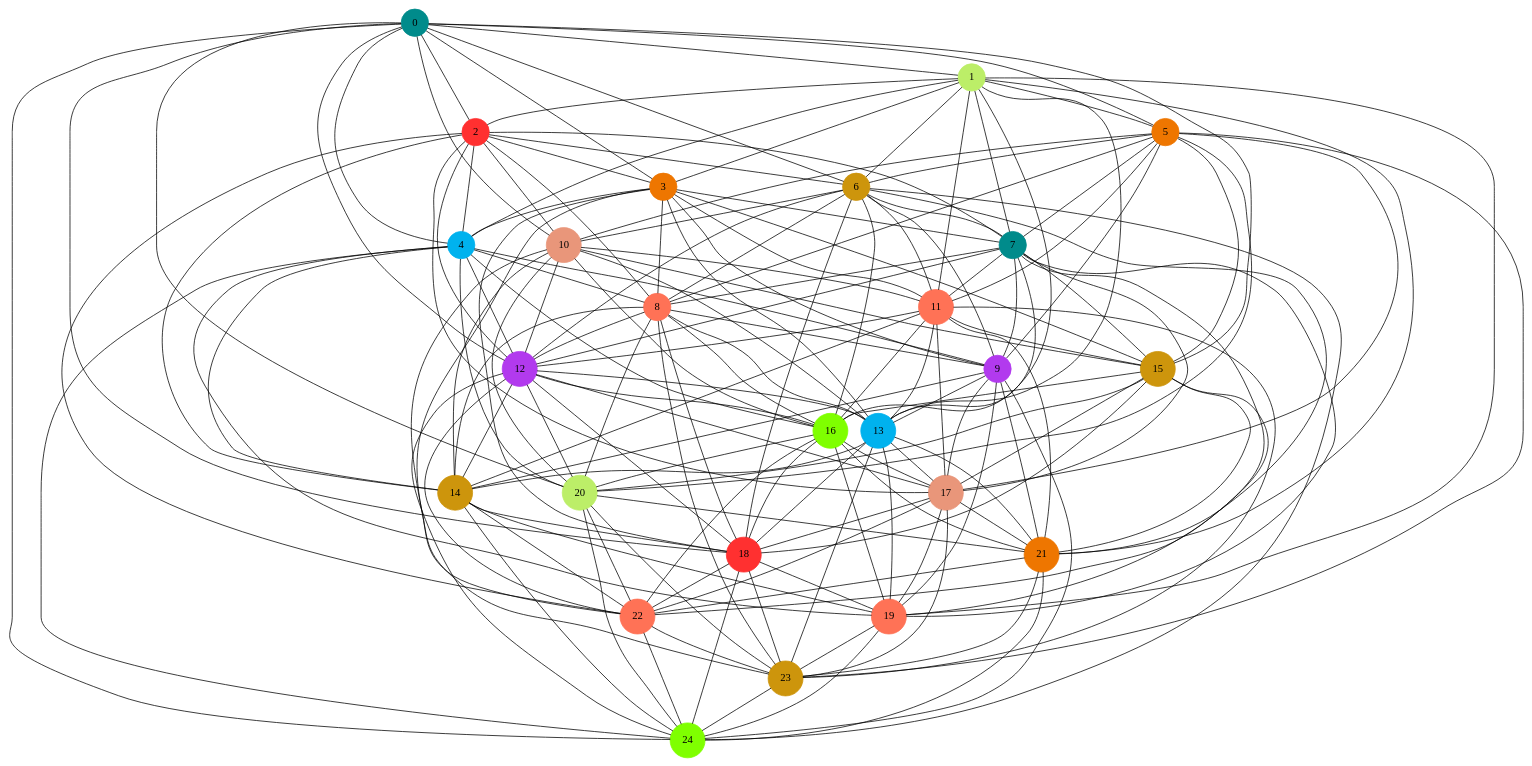
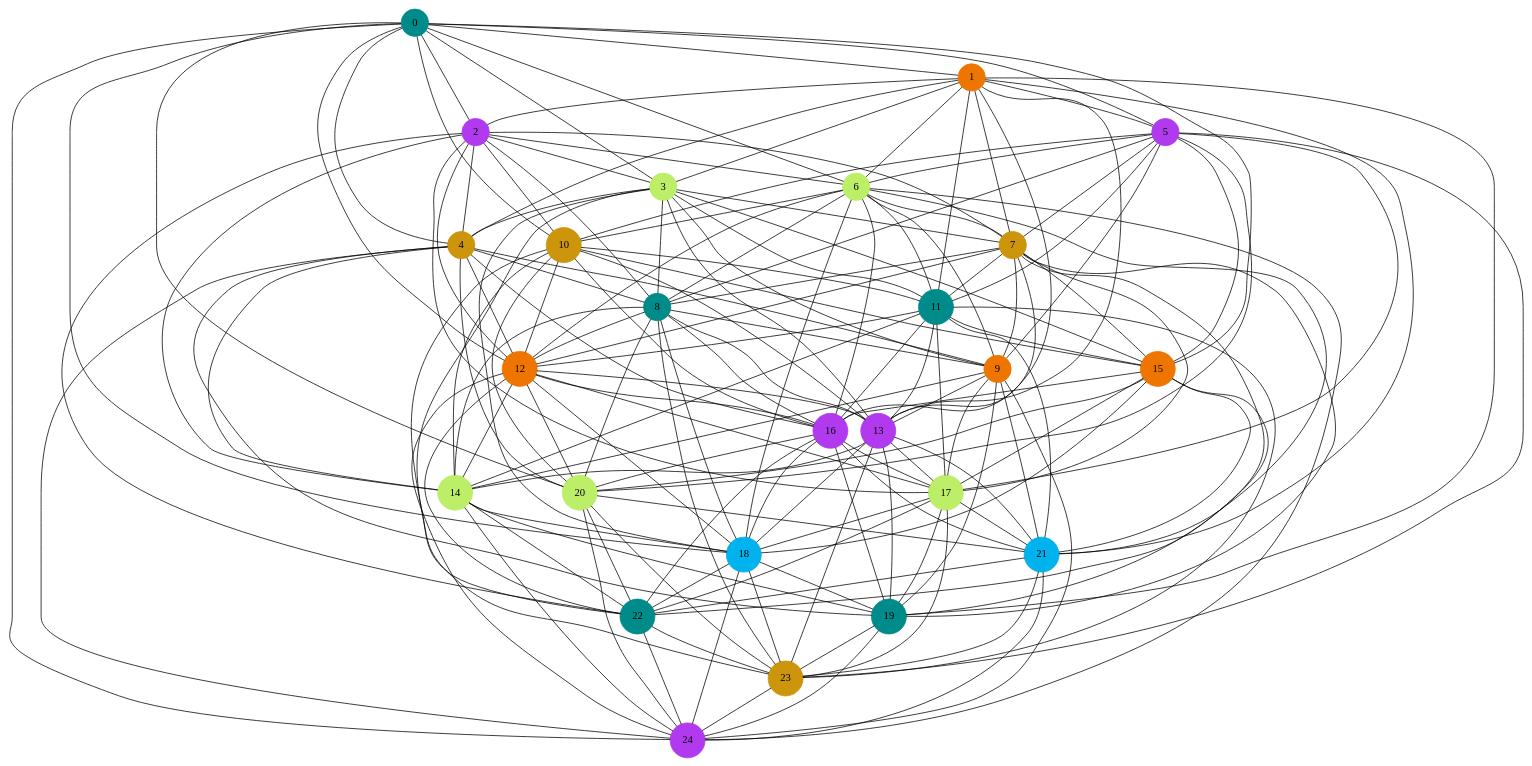
One commit to LeaChemoul/ColorationGraphesProjet changed the diagram in graph/graph_wp_aleat.dot. Above: the diagram before and after it, drawn with Graphviz. The commit also changed 51 other files, not shown here.

Commit message:
Correction de la structure de graphe et des algorithmes de tris

```diff
--- a/graph/graph_wp_aleat.dot
+++ b/graph/graph_wp_aleat.dot
@@ -1,187 +1,187 @@
 graph G {
 0 [shape=circle, style=filled, color= cyan4];
 0 -- 6;
 0 -- 12;
 0 -- 18;
 0 -- 24;
 0 -- 1;
 0 -- 2;
 0 -- 3;
 0 -- 4;
 0 -- 5;
 0 -- 10;
 0 -- 15;
 0 -- 20;
-1 [shape=circle, style=filled, color= darkolivegreen2];
+1 [shape=circle, style=filled, color= darkorange2];
 1 -- 7;
 1 -- 13;
 1 -- 19;
 1 -- 5;
 1 -- 2;
 1 -- 3;
 1 -- 4;
 1 -- 6;
 1 -- 11;
 1 -- 16;
 1 -- 21;
-2 [shape=circle, style=filled, color= firebrick1];
+2 [shape=circle, style=filled, color= darkorchid2];
 2 -- 8;
 2 -- 14;
 2 -- 6;
 2 -- 10;
 2 -- 3;
 2 -- 4;
 2 -- 7;
 2 -- 12;
 2 -- 17;
 2 -- 22;
-3 [shape=circle, style=filled, color= darkorange2];
+3 [shape=circle, style=filled, color= darkolivegreen2];
 3 -- 9;
 3 -- 7;
 3 -- 11;
 3 -- 15;
 3 -- 4;
 3 -- 8;
 3 -- 13;
 3 -- 18;
 3 -- 23;
-4 [shape=circle, style=filled, color= deepskyblue2];
+4 [shape=circle, style=filled, color= darkgoldenrod3];
 4 -- 8;
 4 -- 12;
 4 -- 16;
 4 -- 20;
 4 -- 9;
 4 -- 14;
 4 -- 19;
 4 -- 24;
-5 [shape=circle, style=filled, color= darkorange2];
+5 [shape=circle, style=filled, color= darkorchid2];
 5 -- 11;
 5 -- 17;
 5 -- 23;
 5 -- 6;
 5 -- 7;
 5 -- 8;
 5 -- 9;
 5 -- 10;
 5 -- 15;
 5 -- 20;
-6 [shape=circle, style=filled, color= darkgoldenrod3];
+6 [shape=circle, style=filled, color= darkolivegreen2];
 6 -- 12;
 6 -- 18;
 6 -- 24;
 6 -- 10;
 6 -- 7;
 6 -- 8;
 6 -- 9;
 6 -- 11;
 6 -- 16;
 6 -- 21;
-7 [shape=circle, style=filled, color= cyan4];
+7 [shape=circle, style=filled, color= darkgoldenrod3];
 7 -- 13;
 7 -- 19;
 7 -- 11;
 7 -- 15;
 7 -- 8;
 7 -- 9;
 7 -- 12;
 7 -- 17;
 7 -- 22;
-8 [shape=circle, style=filled, color= coral1];
+8 [shape=circle, style=filled, color= cyan4];
 8 -- 14;
 8 -- 12;
 8 -- 16;
 8 -- 20;
 8 -- 9;
 8 -- 13;
 8 -- 18;
 8 -- 23;
-9 [shape=circle, style=filled, color= darkorchid2];
+9 [shape=circle, style=filled, color= darkorange2];
 9 -- 13;
 9 -- 17;
 9 -- 21;
 9 -- 14;
 9 -- 19;
 9 -- 24;
-10 [shape=circle, style=filled, color= darksalmon];
+10 [shape=circle, style=filled, color= darkgoldenrod3];
 10 -- 16;
 10 -- 22;
 10 -- 11;
 10 -- 12;
 10 -- 13;
 10 -- 14;
 10 -- 15;
 10 -- 20;
-11 [shape=circle, style=filled, color= coral1];
+11 [shape=circle, style=filled, color= cyan4];
 11 -- 17;
 11 -- 23;
 11 -- 15;
 11 -- 12;
 11 -- 13;
 11 -- 14;
 11 -- 16;
 11 -- 21;
-12 [shape=circle, style=filled, color= darkorchid2];
+12 [shape=circle, style=filled, color= darkorange2];
 12 -- 18;
 12 -- 24;
 12 -- 16;
 12 -- 20;
 12 -- 13;
 12 -- 14;
 12 -- 17;
 12 -- 22;
-13 [shape=circle, style=filled, color= deepskyblue2];
+13 [shape=circle, style=filled, color= darkorchid2];
 13 -- 19;
 13 -- 17;
 13 -- 21;
 13 -- 14;
 13 -- 18;
 13 -- 23;
-14 [shape=circle, style=filled, color= darkgoldenrod3];
+14 [shape=circle, style=filled, color= darkolivegreen2];
 14 -- 18;
 14 -- 22;
 14 -- 19;
 14 -- 24;
-15 [shape=circle, style=filled, color= darkgoldenrod3];
+15 [shape=circle, style=filled, color= darkorange2];
 15 -- 21;
 15 -- 16;
 15 -- 17;
 15 -- 18;
 15 -- 19;
 15 -- 20;
-16 [shape=circle, style=filled, color= chartreuse1];
+16 [shape=circle, style=filled, color= darkorchid2];
 16 -- 22;
 16 -- 20;
 16 -- 17;
 16 -- 18;
 16 -- 19;
 16 -- 21;
-17 [shape=circle, style=filled, color= darksalmon];
+17 [shape=circle, style=filled, color= darkolivegreen2];
 17 -- 23;
 17 -- 21;
 17 -- 18;
 17 -- 19;
 17 -- 22;
-18 [shape=circle, style=filled, color= firebrick1];
+18 [shape=circle, style=filled, color= deepskyblue2];
 18 -- 24;
 18 -- 22;
 18 -- 19;
 18 -- 23;
-19 [shape=circle, style=filled, color= coral1];
+19 [shape=circle, style=filled, color= cyan4];
 19 -- 23;
 19 -- 24;
 20 [shape=circle, style=filled, color= darkolivegreen2];
 20 -- 21;
 20 -- 22;
 20 -- 23;
 20 -- 24;
-21 [shape=circle, style=filled, color= darkorange2];
+21 [shape=circle, style=filled, color= deepskyblue2];
 21 -- 22;
 21 -- 23;
 21 -- 24;
-22 [shape=circle, style=filled, color= coral1];
+22 [shape=circle, style=filled, color= cyan4];
 22 -- 23;
 22 -- 24;
 23 [shape=circle, style=filled, color= darkgoldenrod3];
 23 -- 24;
-24 [shape=circle, style=filled, color= chartreuse1];
+24 [shape=circle, style=filled, color= darkorchid2];
 }
```
